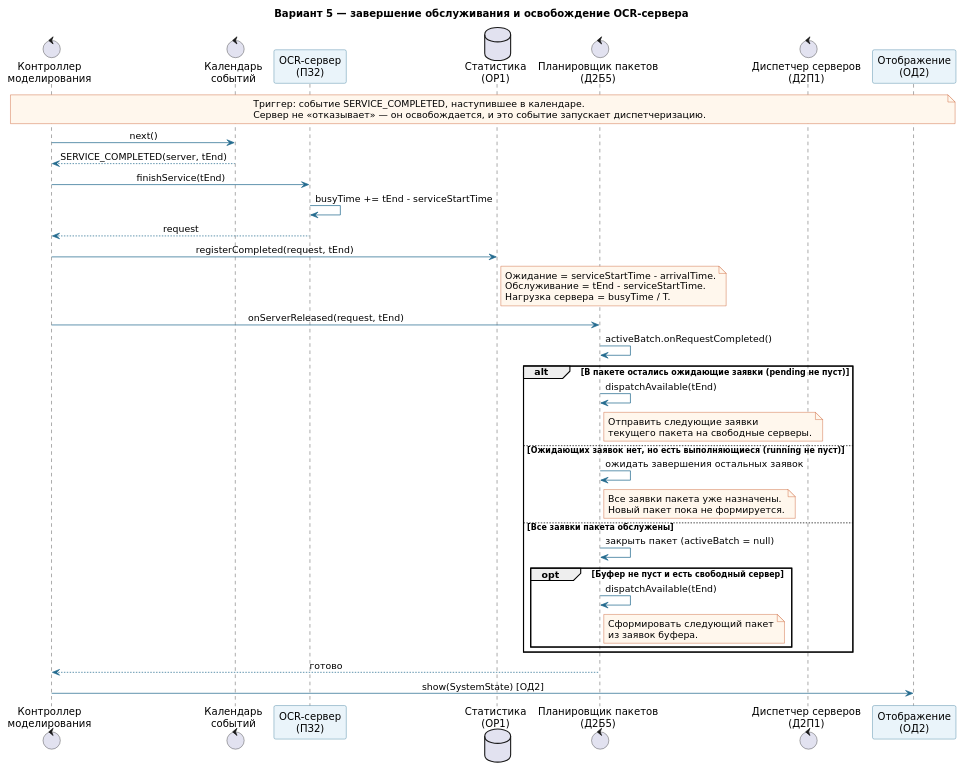
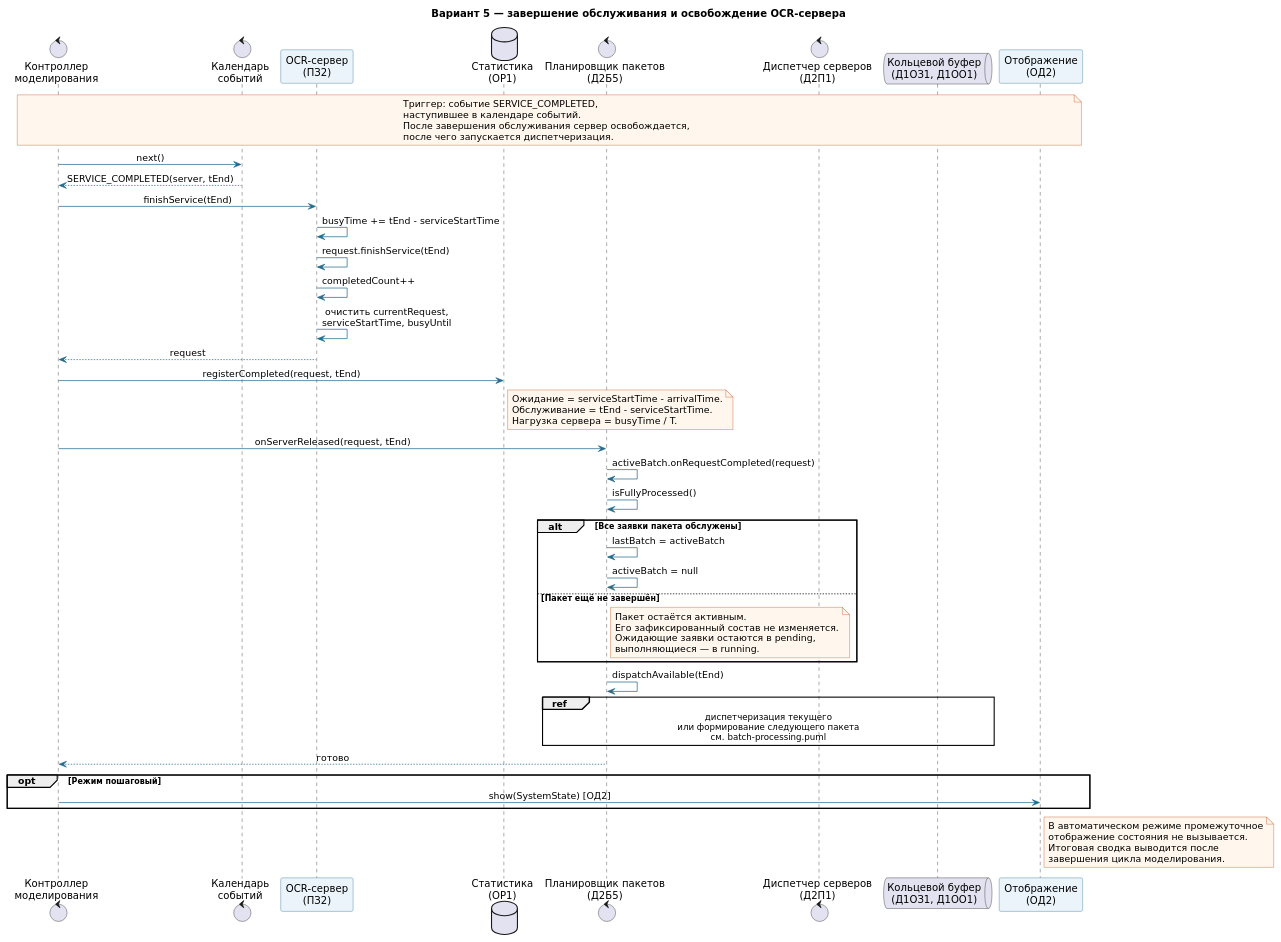
The diagram in smo-ocr-variant-5/diagrams/sequence/service-completion.puml (xanaoxx/smo-ocr-variant-5), drawn with PlantUML before and after one commit. The commit also changed other lines of this file, not shown here.

```diff
--- a/smo-ocr-variant-5/diagrams/sequence/service-completion.puml
+++ b/smo-ocr-variant-5/diagrams/sequence/service-completion.puml
@@ -1,68 +2,81 @@
 @startuml
 skinparam backgroundColor white
 skinparam shadowing false
 skinparam defaultFontName DejaVu Sans
 skinparam sequenceMessageAlign center
 skinparam ArrowColor #236B8E
 skinparam ParticipantBorderColor #236B8E
 skinparam ParticipantBackgroundColor #EAF4FA
 skinparam NoteBackgroundColor #FFF7ED
 skinparam NoteBorderColor #C2410C
 
 title Вариант 5 — завершение обслуживания и освобождение OCR-сервера
 
 control "Контроллер\nмоделирования" as Controller
 control "Календарь\nсобытий" as Calendar
 participant "OCR-сервер\n(ПЗ2)" as Worker
 database "Статистика\n(ОР1)" as Stats
 control "Планировщик пакетов\n(Д2Б5)" as Batch
 control "Диспетчер серверов\n(Д2П1)" as ServerDispatch
+queue "Кольцевой буфер\n(Д1ОЗ1, Д1ОО1)" as Buffer
 participant "Отображение\n(ОД2)" as View
 
 note over Controller, View
-Триггер: событие SERVICE_COMPLETED, наступившее в календаре.
-Сервер не «отказывает» — он освобождается, и это событие запускает диспетчеризацию.
+Триггер: событие SERVICE_COMPLETED,
+наступившее в календаре событий.
+После завершения обслуживания сервер освобождается,
+после чего запускается диспетчеризация.
 end note
 
 Controller -> Calendar: next()
 Calendar --> Controller: SERVICE_COMPLETED(server, tEnd)
+
 Controller -> Worker: finishService(tEnd)
 Worker -> Worker: busyTime += tEnd - serviceStartTime
+Worker -> Worker: request.finishService(tEnd)
+Worker -> Worker: completedCount++
+Worker -> Worker: очистить currentRequest,\nserviceStartTime, busyUntil
 Worker --> Controller: request
+
 Controller -> Stats: registerCompleted(request, tEnd)
+
 note right of Stats
 Ожидание = serviceStartTime - arrivalTime.
 Обслуживание = tEnd - serviceStartTime.
 Нагрузка сервера = busyTime / T.
 end note
+
 Controller -> Batch: onServerReleased(request, tEnd)
-Batch -> Batch: activeBatch.onRequestCompleted()
+Batch -> Batch: activeBatch.onRequestCompleted(request)
+Batch -> Batch: isFullyProcessed()
 
-alt В пакете остались ожидающие заявки (pending не пуст)
-  Batch -> Batch: dispatchAvailable(tEnd)
+alt Все заявки пакета обслужены
+  Batch -> Batch: lastBatch = activeBatch
+  Batch -> Batch: activeBatch = null
+else Пакет ещё не завершён
   note right of Batch
-    Отправить следующие заявки
-    текущего пакета на свободные серверы.
+    Пакет остаётся активным.
+    Его зафиксированный состав не изменяется.
+    Ожидающие заявки остаются в pending,
+    выполняющиеся — в running.
   end note
-
-else Ожидающих заявок нет, но есть выполняющиеся (running не пуст)
-  Batch -> Batch: ожидать завершения остальных заявок
-  note right of Batch
-    Все заявки пакета уже назначены.
-    Новый пакет пока не формируется.
-  end note
-
-else Все заявки пакета обслужены
-  Batch -> Batch: закрыть пакет (activeBatch = null)
-  opt Буфер не пуст и есть свободный сервер
-    Batch -> Batch: dispatchAvailable(tEnd)
-    note right of Batch
-      Сформировать следующий пакет
-      из заявок буфера.
-    end note
-  end
 end
 
+Batch -> Batch: dispatchAvailable(tEnd)
+
+ref over Batch, Buffer, ServerDispatch: диспетчеризация текущего\nили формирование следующего пакета\nсм. batch-processing.puml
+
 Batch --> Controller: готово
-Controller -> View: show(SystemState) [ОД2]
+
+opt Режим пошаговый
+  Controller -> View: show(SystemState) [ОД2]
+end
+
+note right of View
+В автоматическом режиме промежуточное
+отображение состояния не вызывается.
+Итоговая сводка выводится после
+завершения цикла моделирования.
+end note
+
 @enduml
```
